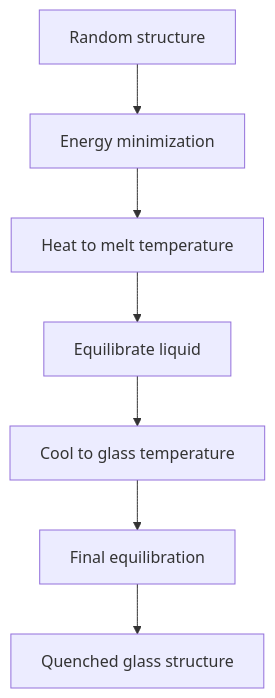
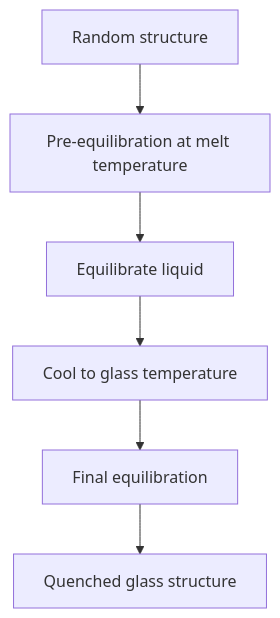
One commit to glasagent/amorphouspy changed the diagram in docs/theory/workflows/melt_quench.md. Above: the diagram before and after it, drawn with Mermaid. The commit also changed other lines of this file and 25 other files, not shown here.

First line of the commit message:
refactor: remove heating ramps from all melt-quench protocols; unify pre-equilibration as stage 0 (#414)

````diff
--- a/docs/theory/workflows/melt_quench.md
+++ b/docs/theory/workflows/melt_quench.md
@@ -9,9 +9,8 @@
 ```mermaid
 graph TD
-    A[Random structure] --> B[Energy minimization]
-    B --> C[Heat to melt temperature]
-    C --> D[Equilibrate liquid]
-    D --> E[Cool to glass temperature]
-    E --> F[Final equilibration]
-    F --> G[Quenched glass structure]
+    A[Random structure] --> B[Pre-equilibration at melt temperature]
+    B --> C[Equilibrate liquid]
+    C --> D[Cool to glass temperature]
+    D --> E[Final equilibration]
+    E --> F[Quenched glass structure]
 ```
````
